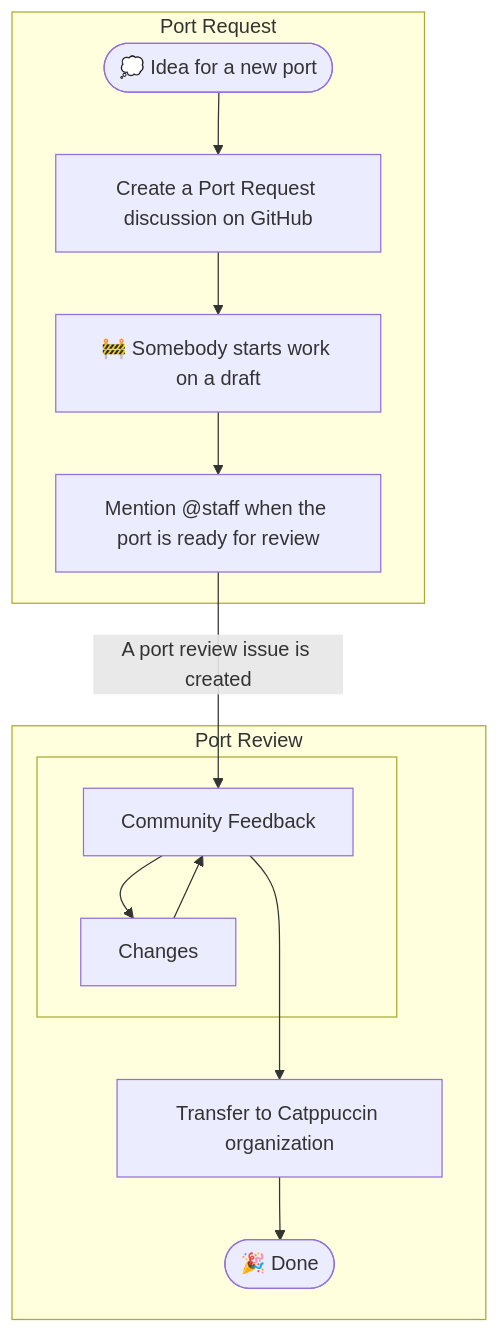
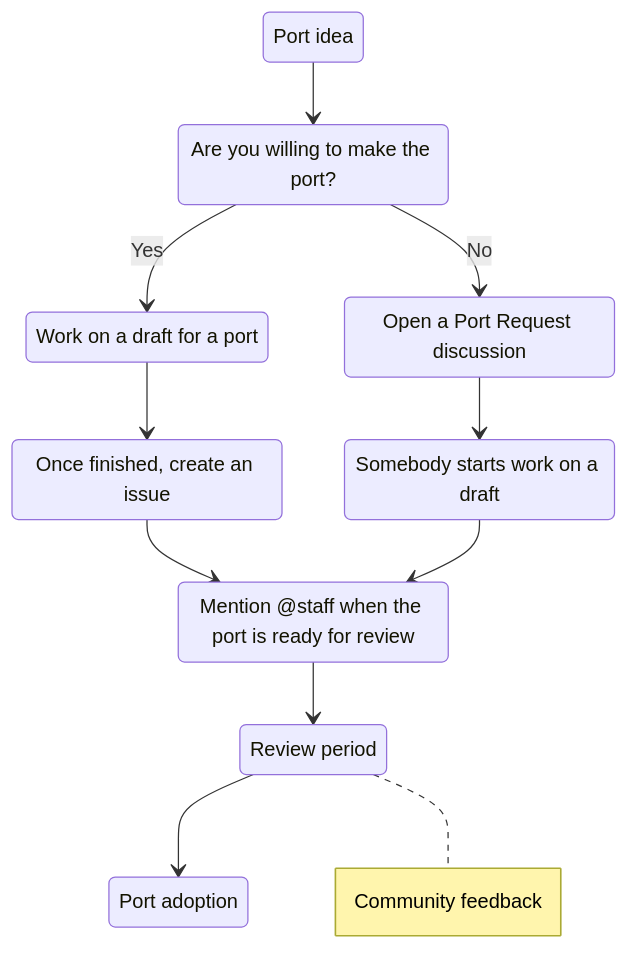
One commit to catppuccin/catppuccin changed the diagram in docs/port-creation.md. Above: the diagram before and after it, drawn with Mermaid. The commit also changed other lines of this file, not shown here.

Commit message:
docs: use state diagram for port workflow

````diff
--- a/docs/port-creation.md
+++ b/docs/port-creation.md
@@ -65,27 +41,29 @@
 ```mermaid
-flowchart TB
-  idea(["💭 Idea for a new port"])
-  request["Create a Port Request discussion on GitHub"]
-  draft["🚧 Somebody starts work on a draft"]
-  portready["Mention @staff when the port is ready for review"]
-  review["Community Feedback"]
-  changes["Changes"]
-  transfer["Transfer to Catppuccin organization"]
-  done(["🎉 Done"])
+stateDiagram-v2
+  idea: Port idea
+  idea --> choice
+  choice: Are you willing to make the port?
 
-  portready --A port review issue is created--> review
+  choice --> author: Yes
+  author: Work on a draft for a port
+  author --> author_done
+  author_done: Once finished, create an issue
+  author_done --> staff_mention
 
-  subgraph Port Review
-    subgraph  
-      review --> changes
-      changes --> review
-    end
-    review ---> transfer --> done
-  end
+  choice --> request: No
+  request: Open a Port Request discussion
+  request_picked_up: Somebody starts work on a draft
+  request --> request_picked_up
+  request_picked_up --> staff_mention
 
-  subgraph Port Request
-    idea --> request
-    request --> draft
-    draft --> portready
-  end
+  staff_mention: Mention @staff when the port is ready for review
+  staff_mention --> review
+  review: Review period
+  review --> port_adoption
+
+  note right of review
+    Community feedback
+  end note
+
+  port_adoption: Port adoption
 ```
````
